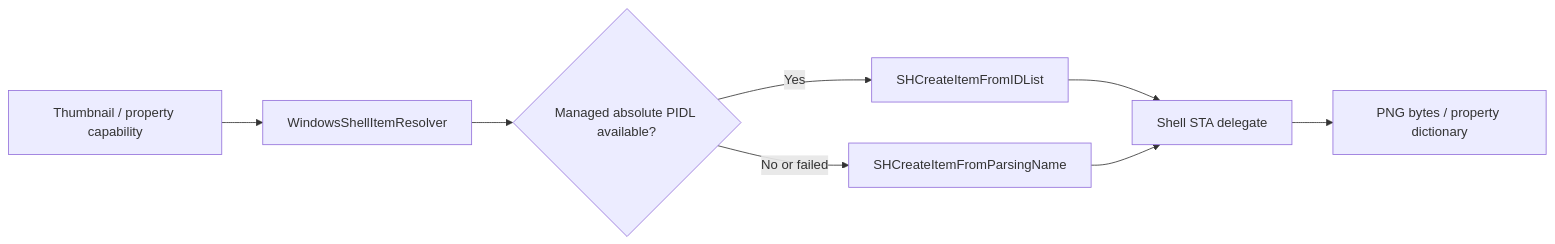
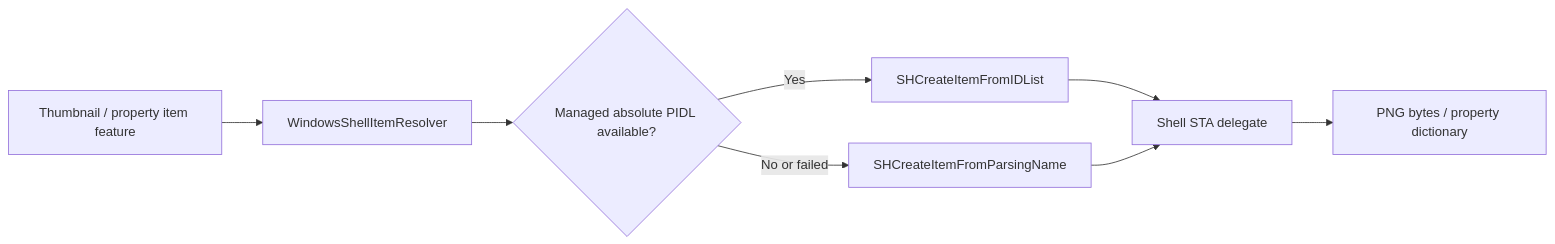
One commit to 0x5bfa/Files changed the fourth of 8 diagrams in docs/architecture/windows-storage.md. Above: the diagram before and after it, drawn with Mermaid. The commit also changed other lines of this file and 260 other files, not shown here.

Commit message:
Simplify Files.Core architecture terminology

````diff
--- a/docs/architecture/windows-storage.md
+++ b/docs/architecture/windows-storage.md
@@ -141,10 +141,10 @@
 ```mermaid
 flowchart LR
-    Capability["Thumbnail / property capability"] --> Resolver["WindowsShellItemResolver"]
+    ItemFeature["Thumbnail / property item feature"] --> Resolver["WindowsShellItemResolver"]
     Resolver --> Pidl{"Managed absolute PIDL available?"}
     Pidl -->|Yes| FromPidl["SHCreateItemFromIDList"]
     Pidl -->|No or failed| FromName["SHCreateItemFromParsingName"]
     FromPidl --> STA["Shell STA delegate"]
     FromName --> STA
     STA --> Managed["PNG bytes / property dictionary"]
 ```
````
